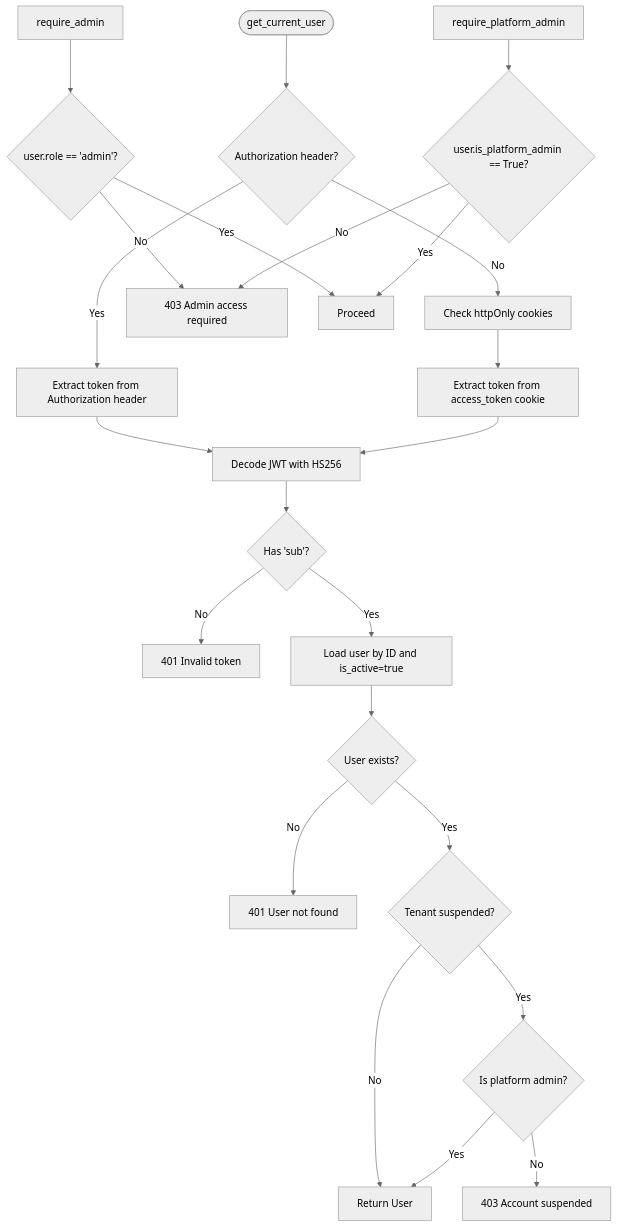
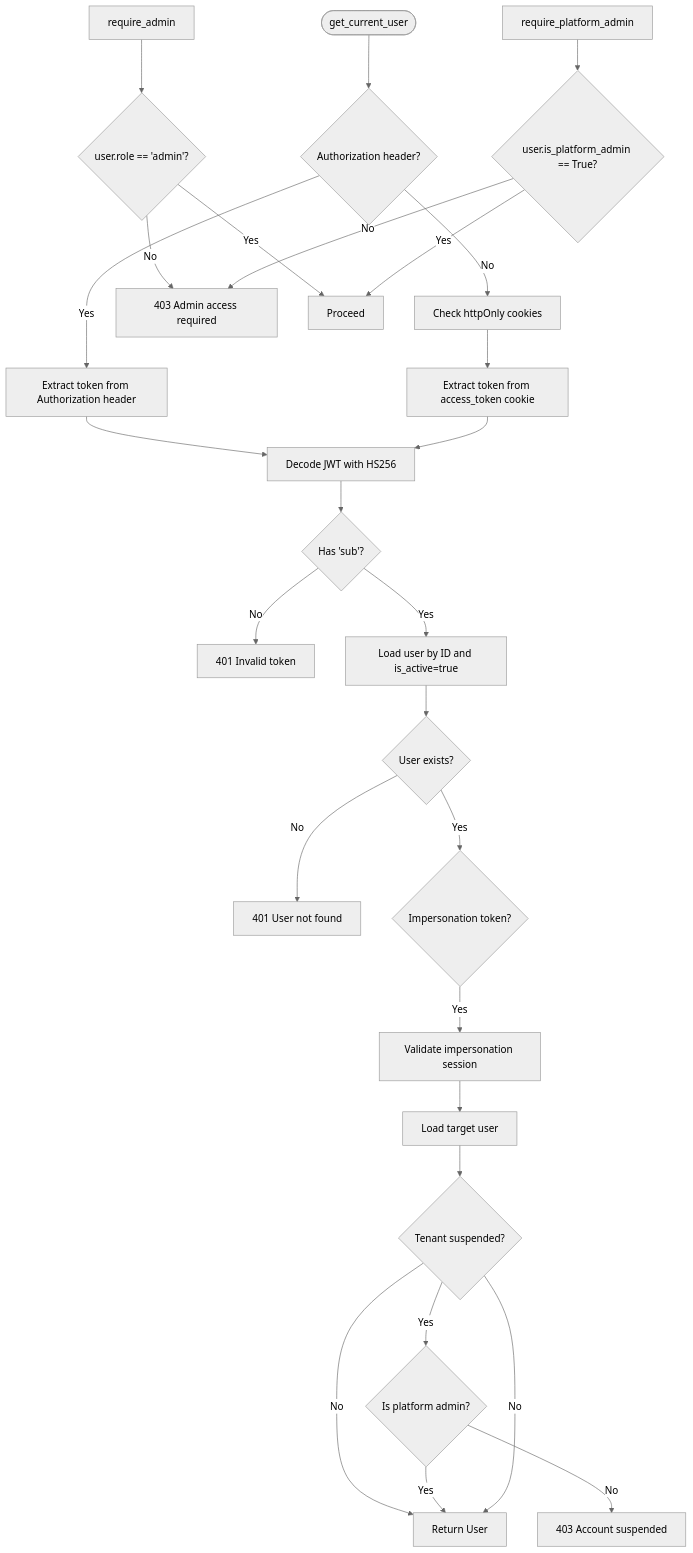
One commit to Revanththetalogics/aireume changed the third of 16 diagrams in .qoder/repowiki/en/content/Authentication & Authorization/Authentication & Authorization.md. Above: the diagram before and after it, drawn with Mermaid (neutral theme). The commit also changed other lines of this file and 14 other files, not shown here.

````diff
--- a/.qoder/repowiki/en/content/Authentication & Authorization/Authentication & Authorization.md
+++ b/.qoder/repowiki/en/content/Authentication & Authorization/Authentication & Authorization.md
@@ -200,25 +239,29 @@
 ```mermaid
 flowchart TD
 Start(["get_current_user"]) --> CheckAuthType{"Authorization header?"}
 CheckAuthType --> |Yes| ExtractHeader["Extract token from Authorization header"]
 CheckAuthType --> |No| CheckCookies["Check httpOnly cookies"]
 ExtractHeader --> Decode["Decode JWT with HS256"]
 CheckCookies --> CookieToken["Extract token from access_token cookie"]
 CookieToken --> Decode
 Decode --> Claims{"Has 'sub'?"}
 Claims --> |No| InvalidToken["401 Invalid token"]
 Claims --> |Yes| LoadUser["Load user by ID and is_active=true"]
 LoadUser --> Found{"User exists?"}
 Found --> |No| NotFound["401 User not found"]
-Found --> |Yes| CheckSuspension{"Tenant suspended?"}
+Found --> |Yes| CheckImpersonation{"Impersonation token?"}
+CheckImpersonation --> |Yes| ValidateImpersonation["Validate impersonation session"]
+ValidateImpersonation --> LoadTargetUser["Load target user"]
+LoadTargetUser --> CheckSuspension{"Tenant suspended?"}
 CheckSuspension --> |No| ReturnUser["Return User"]
 CheckSuspension --> |Yes| CheckPlatformAdmin{"Is platform admin?"}
 CheckPlatformAdmin --> |Yes| ReturnUser
 CheckPlatformAdmin --> |No| Suspended["403 Account suspended"]
+CheckSuspension --> |No| ReturnUser
 AdminCheck["require_admin"] --> Role{"user.role == 'admin'?"}
 Role --> |No| Forbidden["403 Admin access required"]
 Role --> |Yes| Allow["Proceed"]
 PlatformAdminCheck["require_platform_admin"] --> Platform{"user.is_platform_admin == True?"}
 Platform --> |No| Forbidden
 Platform --> |Yes| Allow
 ```
````
